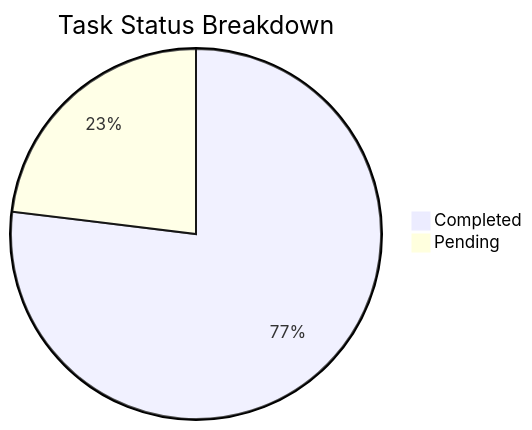
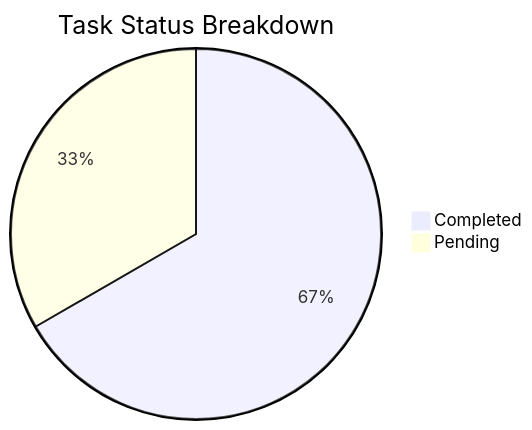
One commit to sagarms97/MyWorkDairy changed the first of 2 diagrams in KUD/Analytics.md. Above: the diagram before and after it, drawn with Mermaid. The commit also changed other lines of this file and 4 other files, not shown here.

````diff
--- a/KUD/Analytics.md
+++ b/KUD/Analytics.md
@@ -12,5 +12,5 @@
 ```mermaid
 pie title Task Status Breakdown
     "Completed" : 10
-    "Pending" : 3
+    "Pending" : 5
 ```
````
